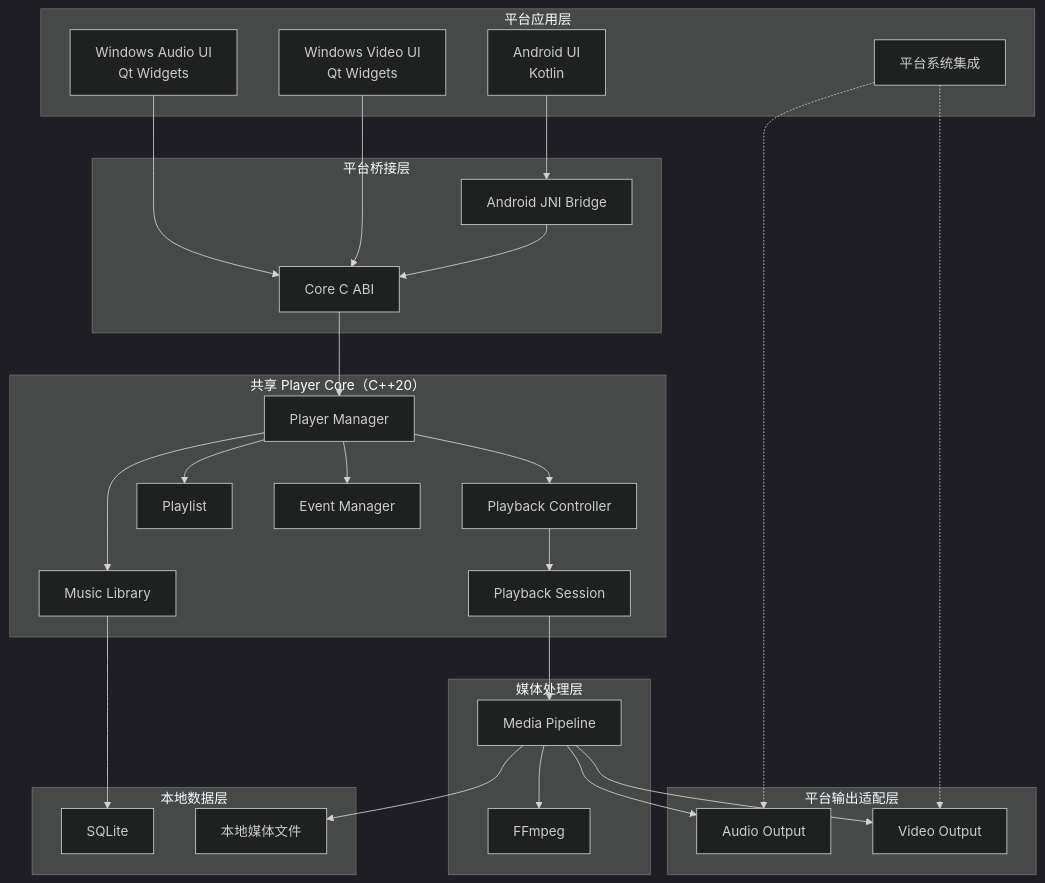
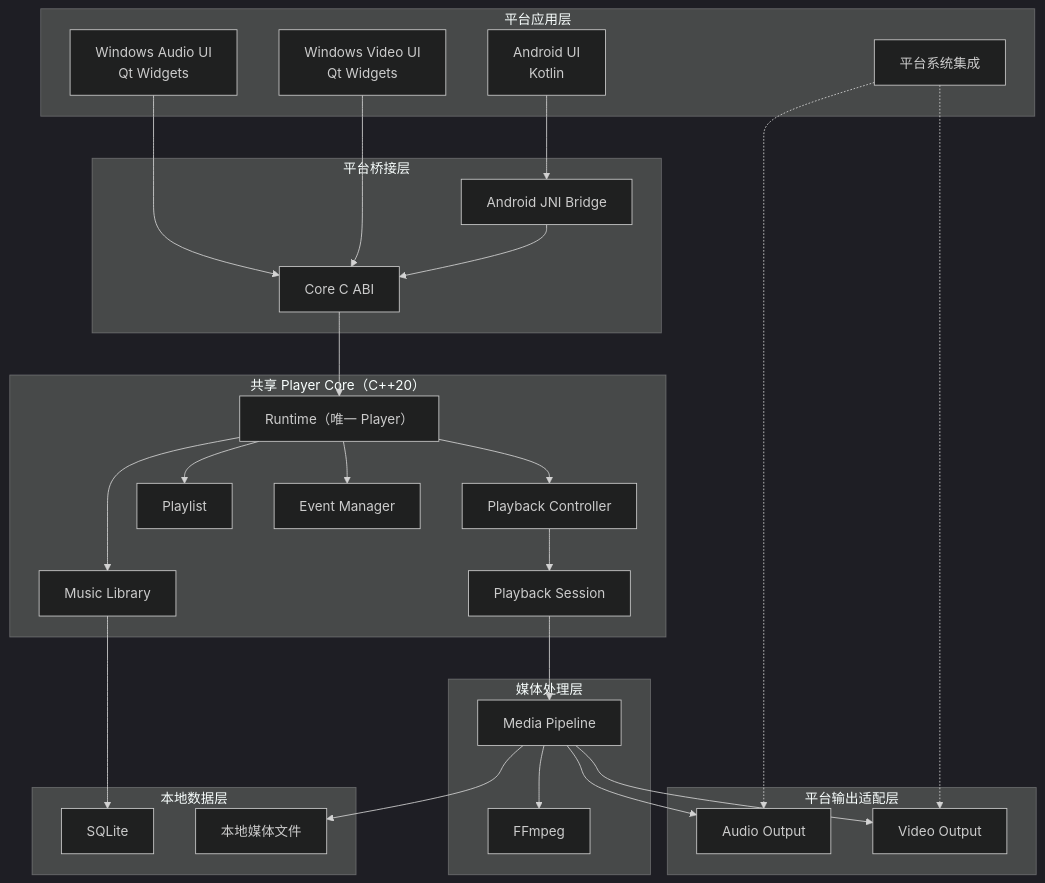
Before and after one commit to kerlfx/LNAudio: the first of 7 diagrams in docs/ARCHITECTURE.md, drawn with Mermaid (dark theme).

Commit message:
docs: clarify runtime owns one player

```diff
--- a/docs/ARCHITECTURE.md
+++ b/docs/ARCHITECTURE.md
@@ -22,49 +22,49 @@
 ~~~mermaid
 flowchart TD
     subgraph Platform["平台应用层"]
         WA["Windows Audio UI<br/>Qt Widgets"]
         WV["Windows Video UI<br/>Qt Widgets"]
         AU["Android UI<br/>Kotlin"]
         PI["平台系统集成"]
     end
     subgraph Bridge["平台桥接层"]
         CABI["Core C ABI"]
         JNI["Android JNI Bridge"]
     end
     subgraph Core["共享 Player Core（C++20）"]
-        PM["Player Manager"]
+        PM["Runtime（唯一 Player）"]
         PC["Playback Controller"]
         PS["Playback Session"]
         PL["Playlist"]
         ML["Music Library"]
         EM["Event Manager"]
     end
     subgraph Media["媒体处理层"]
         MP["Media Pipeline"]
         FF["FFmpeg"]
     end
     subgraph Output["平台输出适配层"]
         AO["Audio Output"]
         VO["Video Output"]
     end
     subgraph Storage["本地数据层"]
         DB["SQLite"]
         FS["本地媒体文件"]
     end
     WA --> CABI
     WV --> CABI
     AU --> JNI --> CABI
     PI -.-> AO
     PI -.-> VO
     CABI --> PM
     PM --> PC
     PM --> PL
     PM --> ML
     PM --> EM
     PC --> PS
     PS --> MP --> FF
     MP --> AO
     MP --> VO
     ML --> DB
     MP --> FS
 ~~~
```
